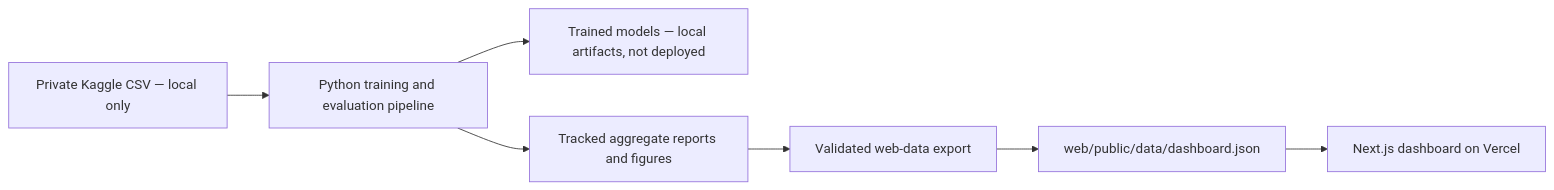
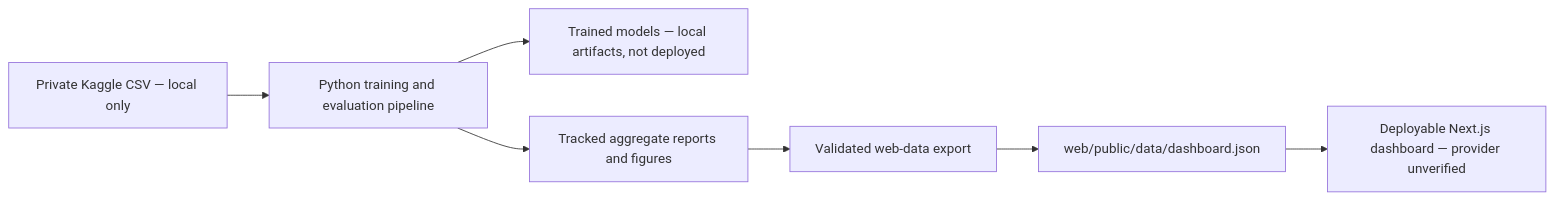
One commit to imayankss/SecureSwipe changed the diagram in README.md. Above: the diagram before and after it, drawn with Mermaid. The commit also changed other lines of this file and 23 other files, not shown here.

````diff
--- a/README.md
+++ b/README.md
@@ -20,9 +20,9 @@
 ```mermaid
 flowchart LR
     A["Private Kaggle CSV — local only"] --> B["Python training and evaluation pipeline"]
     B --> C["Trained models — local artifacts, not deployed"]
     B --> D["Tracked aggregate reports and figures"]
     D --> E["Validated web-data export"]
     E --> F["web/public/data/dashboard.json"]
-    F --> G["Next.js dashboard on Vercel"]
+    F --> G["Deployable Next.js dashboard — provider unverified"]
 ```
````
